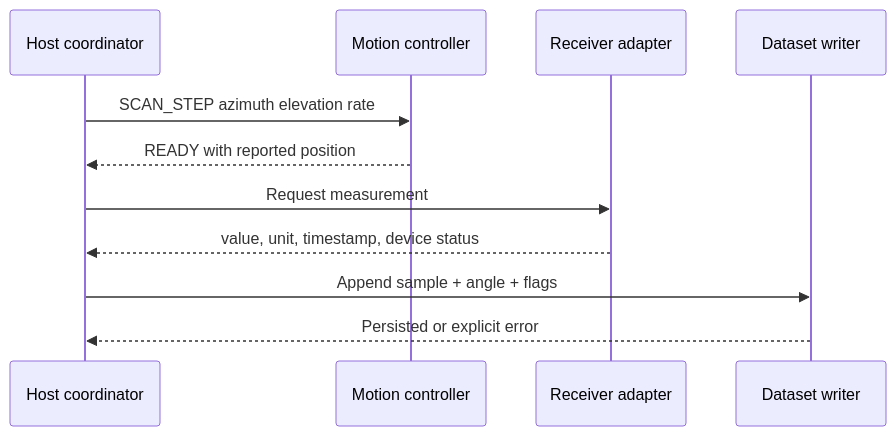
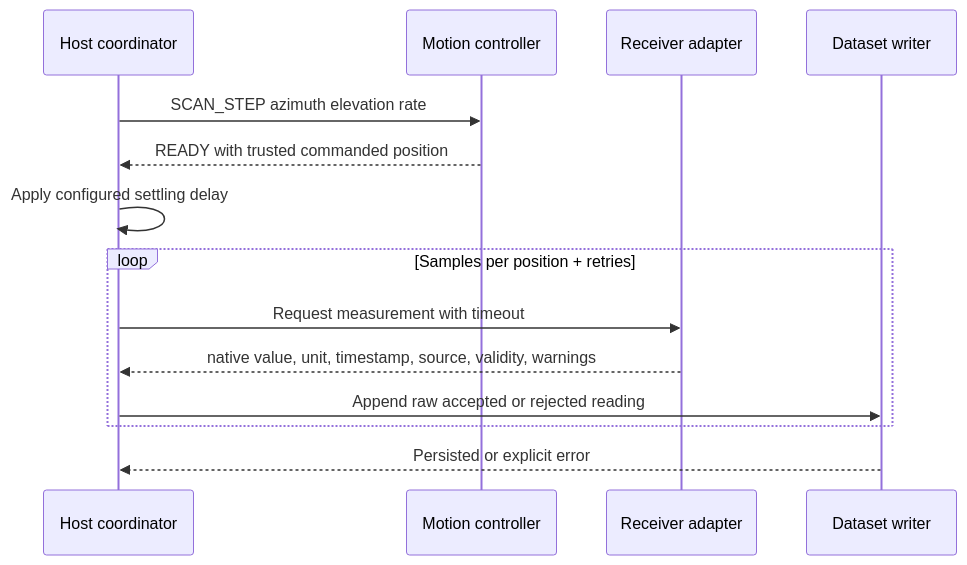
The diagram in docs/architecture/data-flow.md (bostromdev/Radiance3D), drawn with Mermaid before and after one commit. The commit also changed other lines of this file and 41 other files, not shown here.

Commit message:
feat(architecture): establish Version 1 engineering baseline

````diff
--- a/docs/architecture/data-flow.md
+++ b/docs/architecture/data-flow.md
@@ -5,14 +5,17 @@
 ```mermaid
 sequenceDiagram
     participant H as Host coordinator
     participant M as Motion controller
     participant R as Receiver adapter
     participant D as Dataset writer
 
     H->>M: SCAN_STEP azimuth elevation rate
-    M-->>H: READY with reported position
-    H->>R: Request measurement
-    R-->>H: value, unit, timestamp, device status
-    H->>D: Append sample + angle + flags
+    M-->>H: READY with trusted commanded position
+    H->>H: Apply configured settling delay
+    loop Samples per position + retries
+        H->>R: Request measurement with timeout
+        R-->>H: native value, unit, timestamp, source, validity, warnings
+        H->>D: Append raw accepted or rejected reading
+    end
     D-->>H: Persisted or explicit error
 ```
````
